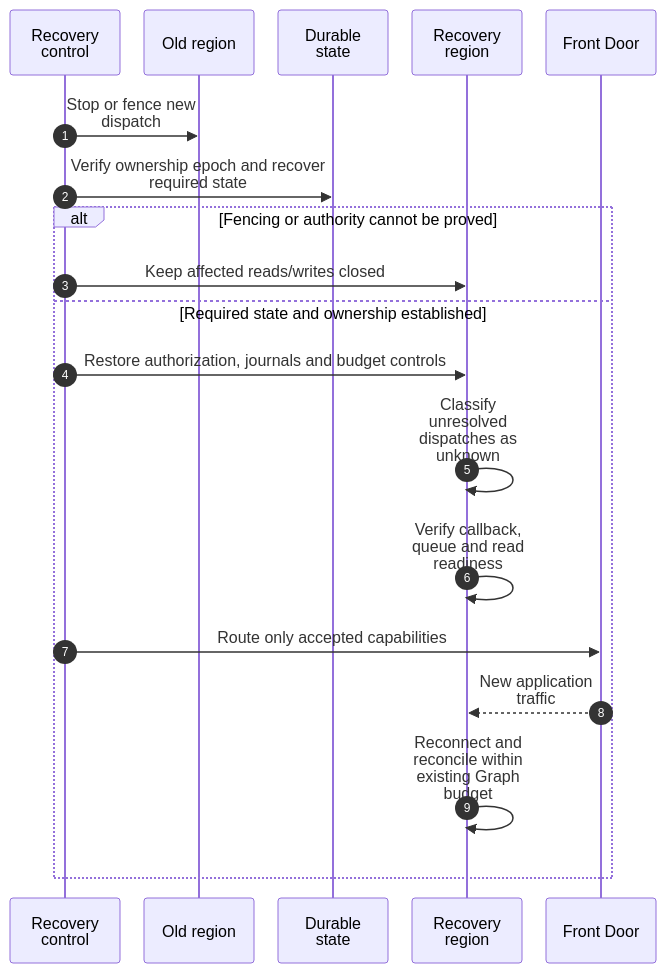
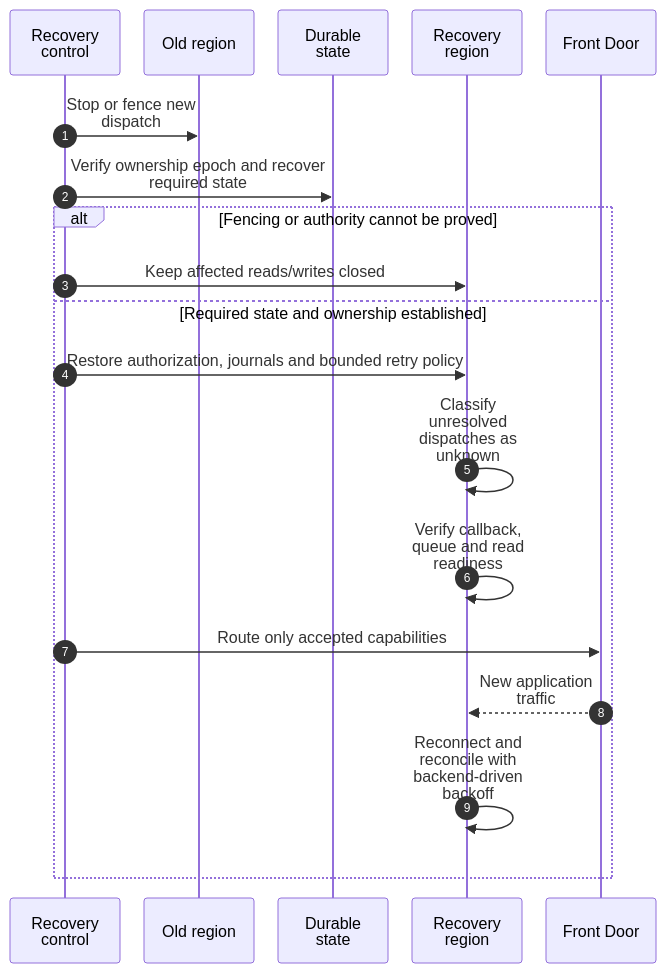
One commit to rmoreirao/ms-teams-custom-app changed diagram 15 of 15 in docs/detailed-architecture.md. Above: the diagram before and after it, drawn with Mermaid. The commit also changed other lines of this file and 41 other files, not shown here.

````diff
--- a/docs/detailed-architecture.md
+++ b/docs/detailed-architecture.md
@@ -965,29 +962,29 @@
 ```mermaid
 ---
 config:
   sequence:
     actorMargin: 24
     width: 110
     wrap: true
 ---
 sequenceDiagram
     autonumber
     participant C as Recovery control
     participant O as Old region
     participant D as Durable state
     participant N as Recovery region
     participant E as Front Door
 
     C->>O: Stop or fence new dispatch
     C->>D: Verify ownership epoch and recover required state
     alt Fencing or authority cannot be proved
         C->>N: Keep affected reads/writes closed
     else Required state and ownership established
-        C->>N: Restore authorization, journals and budget controls
+        C->>N: Restore authorization, journals and bounded retry policy
         N->>N: Classify unresolved dispatches as unknown
         N->>N: Verify callback, queue and read readiness
         C->>E: Route only accepted capabilities
         E-->>N: New application traffic
-        N->>N: Reconnect and reconcile within existing Graph budget
+        N->>N: Reconnect and reconcile with backend-driven backoff
     end
 ```
````
